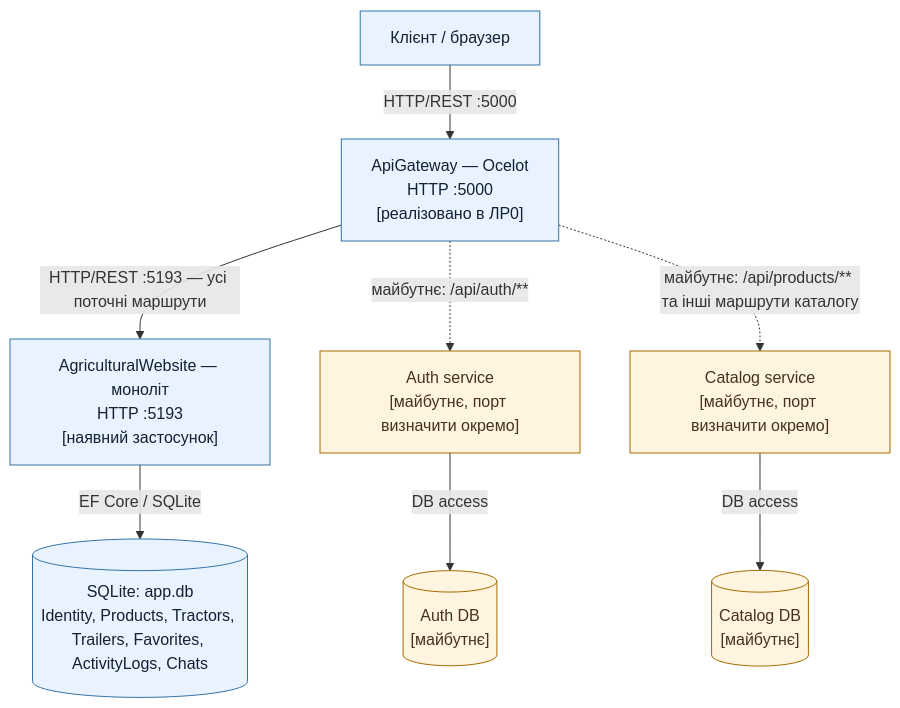
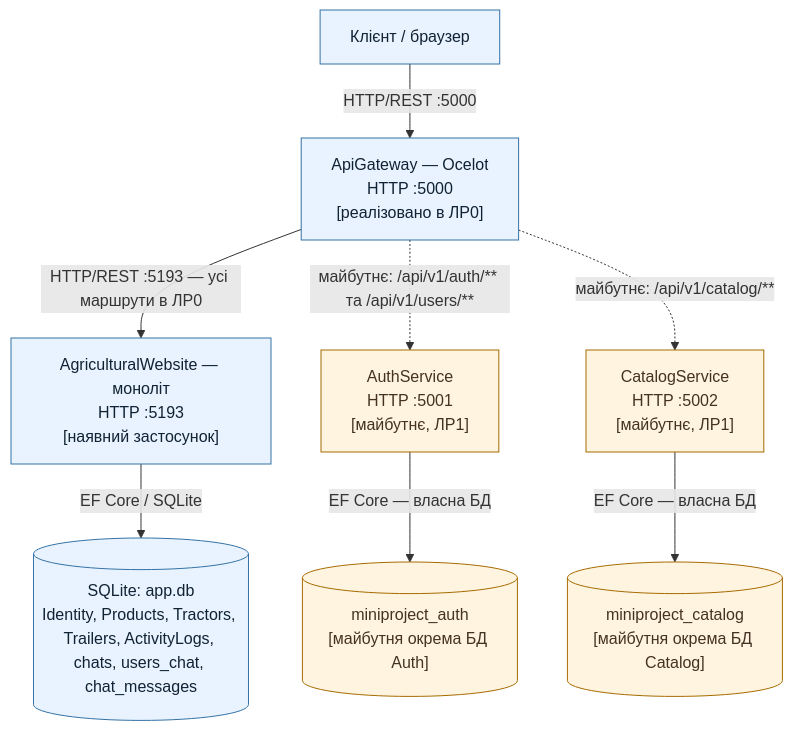
Before and after one commit to YosipPro566/Net: the diagram in docs/diagrams/01-system-composition.md, drawn with Mermaid. The commit also changed other lines of this file and 32 other files, not shown here.

````diff
--- a/docs/diagrams/01-system-composition.md
+++ b/docs/diagrams/01-system-composition.md
@@ -3,24 +3,24 @@
 ```mermaid
 flowchart TB
     Client["Клієнт / браузер"]
     GW["ApiGateway — Ocelot\nHTTP :5000\n[реалізовано в ЛР0]"]
     Mono["AgriculturalWebsite — моноліт\nHTTP :5193\n[наявний застосунок]"]
-    DB[("SQLite: app.db\nIdentity, Products, Tractors, Trailers, Favorites, ActivityLogs, Chats")]
-    Auth["Auth service\n[майбутнє, порт визначити окремо]"]
-    Catalog["Catalog service\n[майбутнє, порт визначити окремо]"]
-    AuthDB[("Auth DB\n[майбутнє]")]
-    CatalogDB[("Catalog DB\n[майбутнє]")]
+    DB[("SQLite: app.db\nIdentity, Products, Tractors, Trailers, ActivityLogs, chats, users_chat, chat_messages")]
+    Auth["AuthService\nHTTP :5001\n[майбутнє, ЛР1]"]
+    Catalog["CatalogService\nHTTP :5002\n[майбутнє, ЛР1]"]
+    AuthDB[("miniproject_auth\n[майбутня окрема БД Auth]")]
+    CatalogDB[("miniproject_catalog\n[майбутня окрема БД Catalog]")]
 
     Client -->|"HTTP/REST :5000"| GW
-    GW -->|"HTTP/REST :5193 — усі поточні маршрути"| Mono
+    GW -->|"HTTP/REST :5193 — усі маршрути в ЛР0"| Mono
     Mono -->|"EF Core / SQLite"| DB
-    GW -.->|"майбутнє: /api/auth/**"| Auth
-    GW -.->|"майбутнє: /api/products/** та інші маршрути каталогу"| Catalog
-    Auth -->|"DB access"| AuthDB
-    Catalog -->|"DB access"| CatalogDB
+    GW -.->|"майбутнє: /api/v1/auth/** та /api/v1/users/**"| Auth
+    GW -.->|"майбутнє: /api/v1/catalog/**"| Catalog
+    Auth -->|"EF Core — власна БД"| AuthDB
+    Catalog -->|"EF Core — власна БД"| CatalogDB
 
     classDef current fill:#e8f3ff,stroke:#3572a5,color:#123;
     classDef future fill:#fff4df,stroke:#a66b00,color:#432;
     class Client,GW,Mono,DB current;
     class Auth,Catalog,AuthDB,CatalogDB future;
 ```
````
